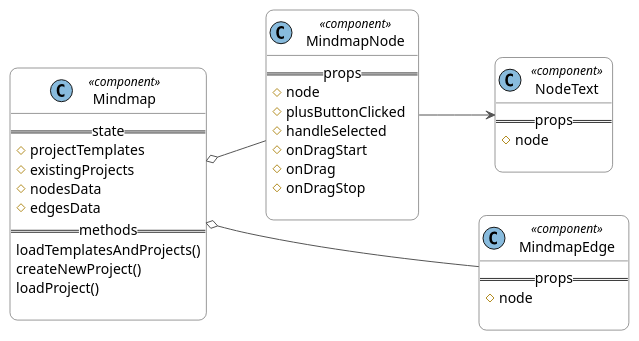
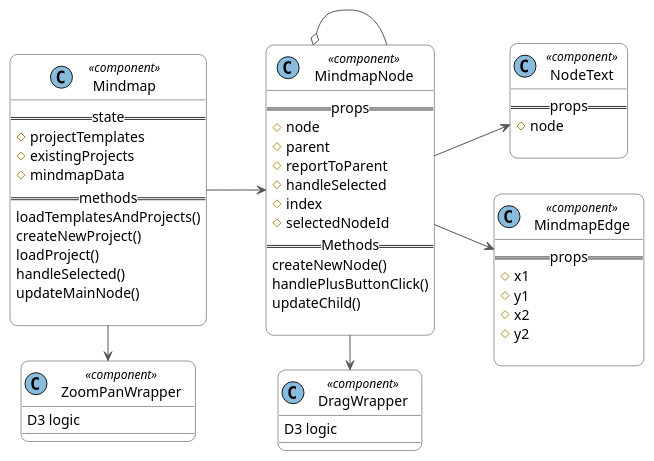
The diagram in UML/Frontend/Alt2Architecture.puml (magnusnorvik/CreazaMindmapApplication), drawn with PlantUML before and after one commit. The commit also changed 5 other files, not shown here.

Commit message:
Added more UML for FrontEnd

```diff
--- a/UML/Frontend/Alt2Architecture.puml
+++ b/UML/Frontend/Alt2Architecture.puml
@@ -1,50 +1,70 @@
 @startuml
 left to right direction
 skinparam class {
     BackgroundColor white
     ArrowColor #555
     BorderColor #333333
 }
 
 skinparam roundcorner 15
 
 class "   Mindmap   " as mindmap <<(C, 88bbdd) component>> {
     ==state==
     # projectTemplates
     # existingProjects
-    # nodesData
-    # edgesData
+    # mindmapData
     ==methods==
-     loadTemplatesAndProjects()
-     createNewProject()
-     loadProject()
+    loadTemplatesAndProjects()
+    createNewProject()
+    loadProject()
+    handleSelected()
+    updateMainNode()
 
 }
 
 class "   MindmapNode   " as mmNode <<(C, 88bbdd) component>> {
     ==props==
     # node
-    # plusButtonClicked
+    # parent
+    # reportToParent
     # handleSelected
-    # onDragStart
-    # onDrag
-    # onDragStop
-
-}
-
-class "   MindmapEdge   " as mmEdge<<(C, 88bbdd) component>> {
-    ==props==
-    # node
+    # index
+    # selectedNodeId
+    ==Methods==
+    createNewNode()
+    handlePlusButtonClick()
+    updateChild()
 
 }
 
 class "   NodeText   " as mmText<<(C, 88bbdd) component>> {
     ==props==
     # node
 
 }
-mindmap o-- mmNode
+
+class "   MindmapEdge   " as mmEdge<<(C, 88bbdd) component>> {
+    ==props==
+    # x1
+    # y1
+    # x2
+    # y2
+
+}
+
+class "   ZoomPanWrapper   " as zoompan <<(C, 88bbdd) component>> {
+    D3 logic
+}
+
+class "   DragWrapper   " as drag <<(C, 88bbdd) component>> {
+    D3 logic
+}
+
+
+mindmap --> mmNode
+mindmap -> zoompan
+mmNode o-- mmNode
 mmNode --> mmText
-
-mindmap o--- mmEdge
+mmNode --> mmEdge
+mmNode -> drag
 @enduml
```
